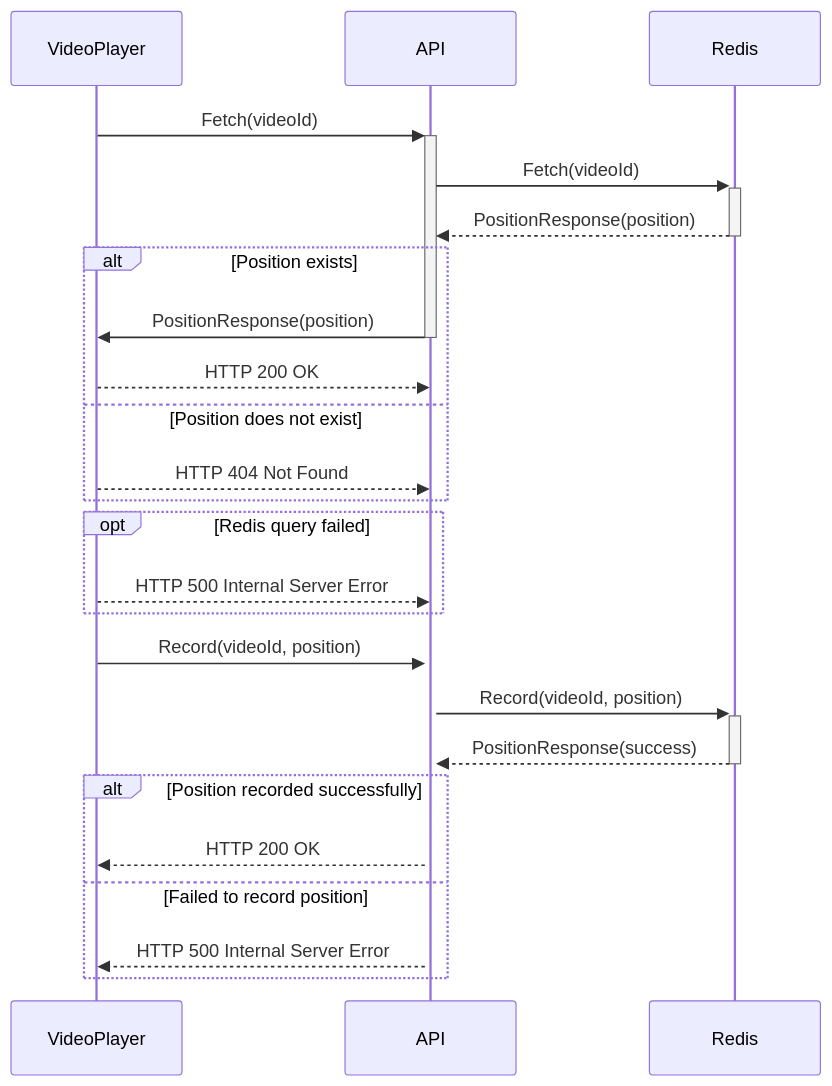
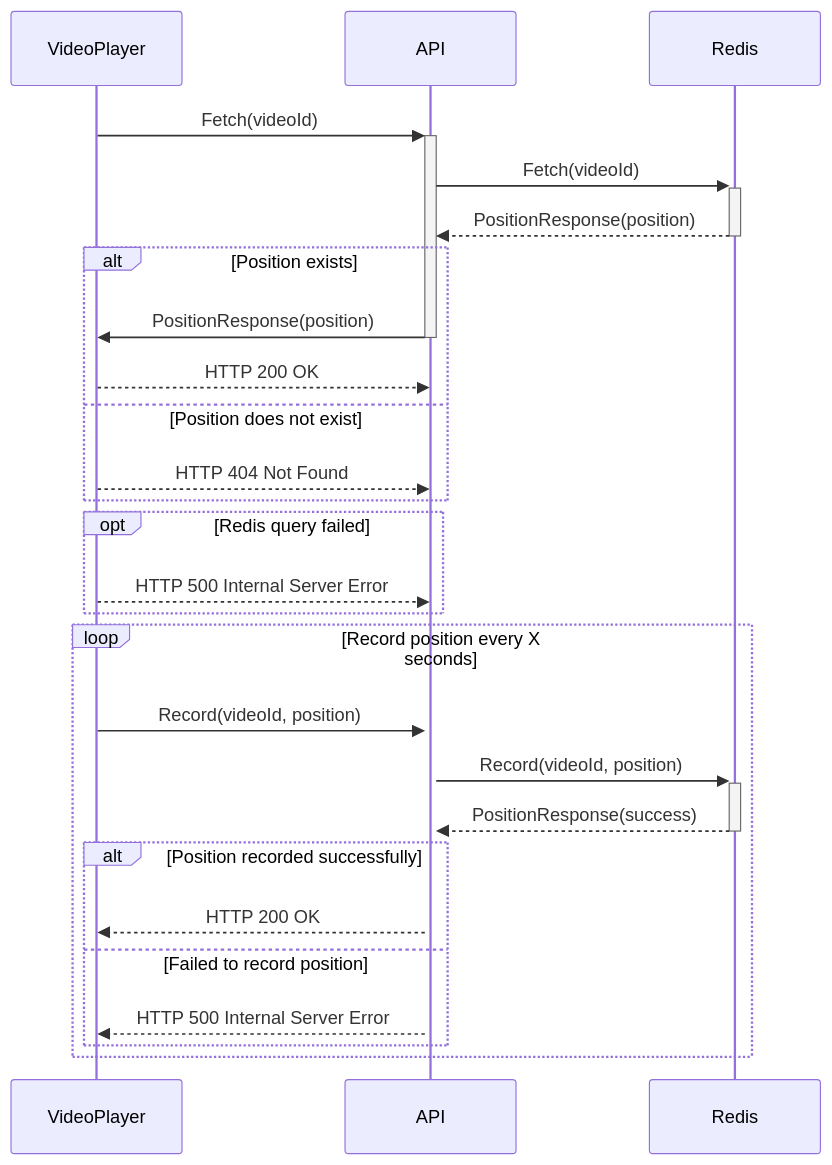
The diagram in README.md (learn-video/continue-watching-api), drawn with Mermaid before and after one commit.

Commit message:
Describe Record action as a loop

````diff
--- a/README.md
+++ b/README.md
@@ -4,28 +4,30 @@
 ```mermaid
 sequenceDiagram
     participant VideoPlayer
     participant API
     participant Redis
 
     VideoPlayer->>+API: Fetch(videoId)
     API->>+Redis: Fetch(videoId)
     Redis-->>-API: PositionResponse(position)
     alt Position exists
         API->>-VideoPlayer: PositionResponse(position)
         VideoPlayer-->>API: HTTP 200 OK
     else Position does not exist
         VideoPlayer-->>API: HTTP 404 Not Found
     end
     opt Redis query failed
         VideoPlayer-->>API: HTTP 500 Internal Server Error
     end
 
-    VideoPlayer->>+API: Record(videoId, position)
-    API->>+Redis: Record(videoId, position)
-    Redis-->>-API: PositionResponse(success)
-    alt Position recorded successfully
-        API-->>VideoPlayer: HTTP 200 OK
-    else Failed to record position
-        API-->>VideoPlayer: HTTP 500 Internal Server Error
+    loop Record position every X seconds
+        VideoPlayer->>+API: Record(videoId, position)
+        API->>+Redis: Record(videoId, position)
+        Redis-->>-API: PositionResponse(success)
+        alt Position recorded successfully
+            API-->>VideoPlayer: HTTP 200 OK
+        else Failed to record position
+            API-->>VideoPlayer: HTTP 500 Internal Server Error
+        end
     end
 ```
````
